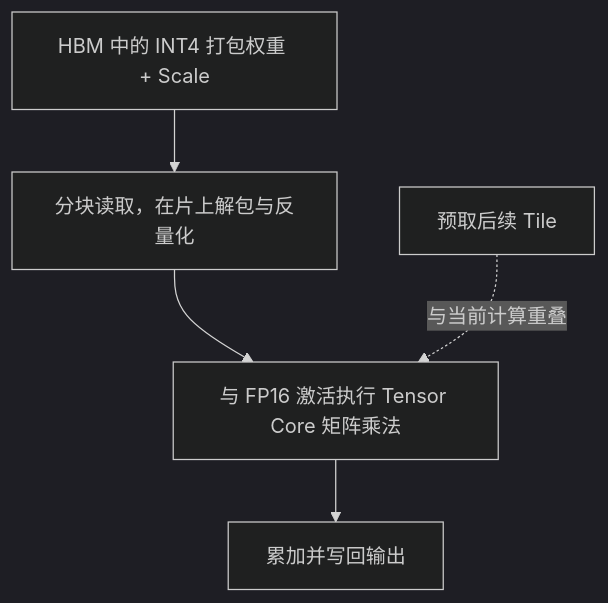
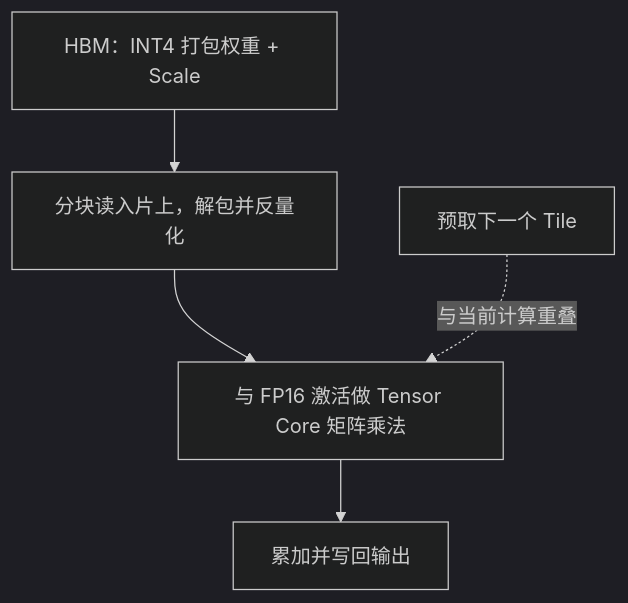
Before and after one commit to caomaolufei/AIInfraGuide: the second of 2 diagrams in docs/guides/模块四-推理优化/第4章-量化/4.3-Weight-only-INT4.md, drawn with Mermaid (dark theme). The commit also changed other lines of this file and 9 other files, not shown here.

````diff
--- a/docs/guides/模块四-推理优化/第4章-量化/4.3-Weight-only-INT4.md
+++ b/docs/guides/模块四-推理优化/第4章-量化/4.3-Weight-only-INT4.md
@@ -129,7 +140,7 @@
 ```mermaid
 graph TD
-    A["HBM 中的 INT4 打包权重 + Scale"] --> B["分块读取，在片上解包与反量化"]
-    B --> C["与 FP16 激活执行 Tensor Core 矩阵乘法"]
+    A["HBM：INT4 打包权重 + Scale"] --> B["分块读入片上，解包并反量化"]
+    B --> C["与 FP16 激活做 Tensor Core 矩阵乘法"]
     C --> D["累加并写回输出"]
-    E["预取后续 Tile"] -. "与当前计算重叠" .-> C
+    E["预取下一个 Tile"] -. "与当前计算重叠" .-> C
 ```
````
